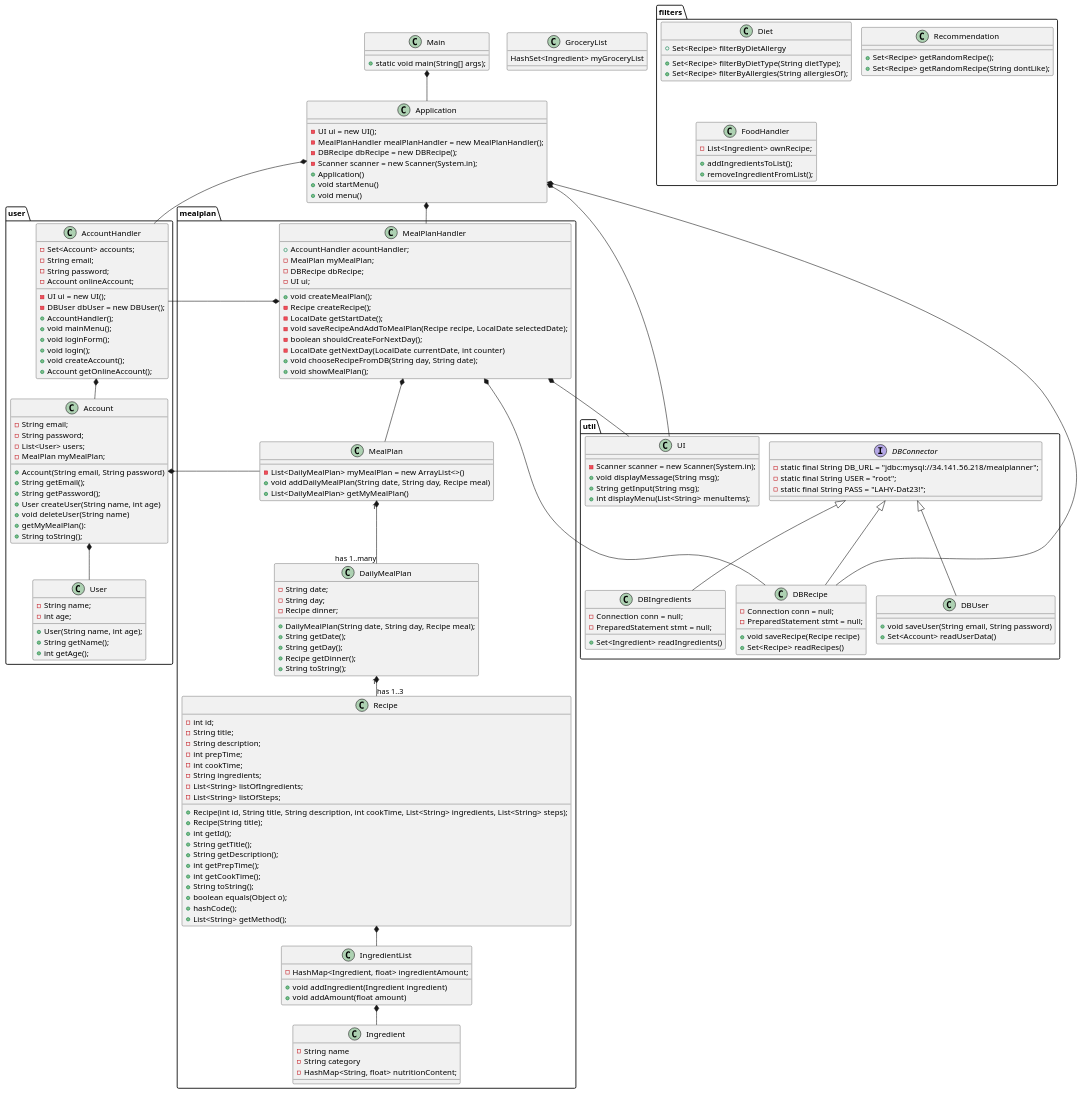
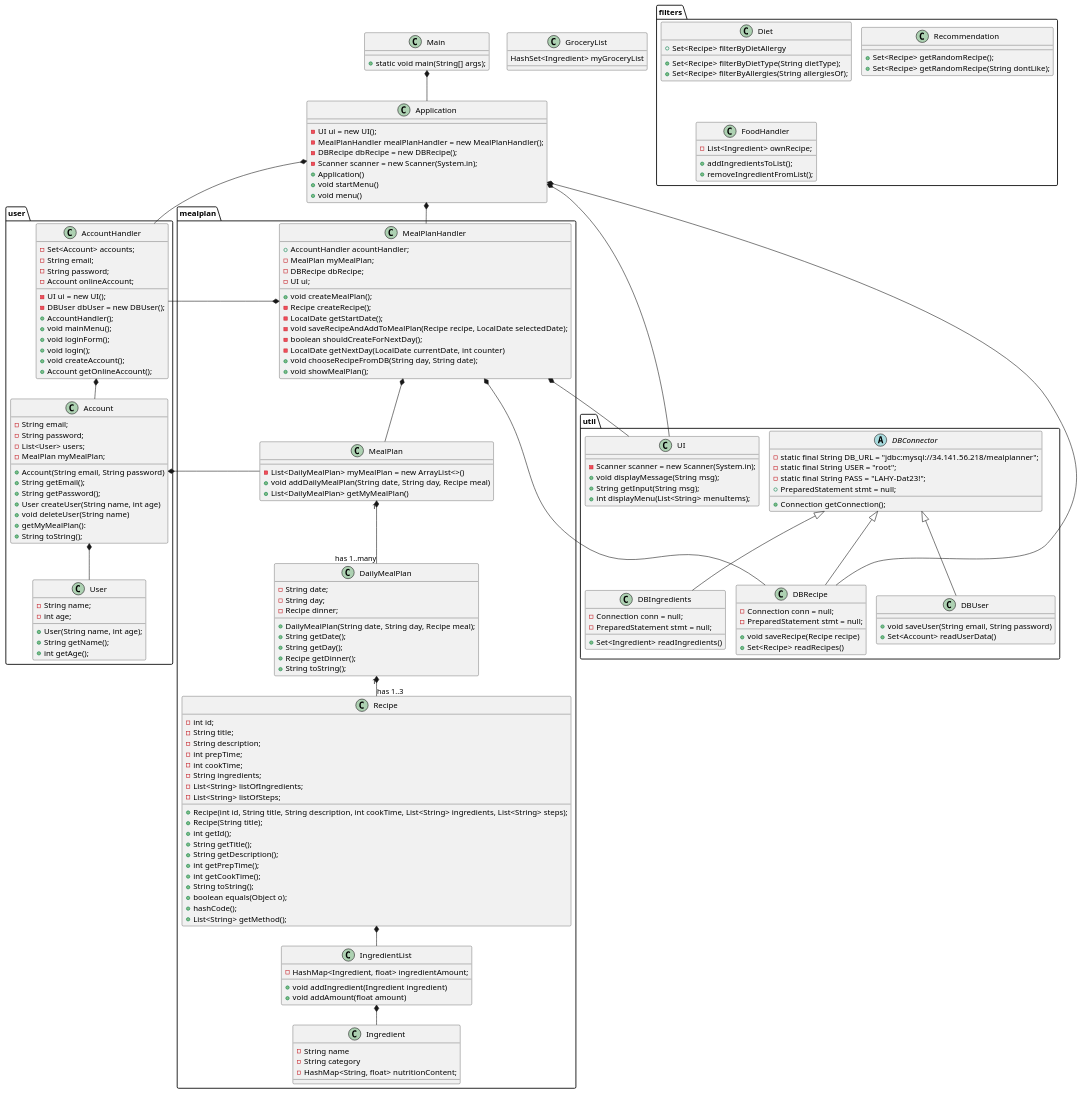
One commit to lassekh/ICE changed the diagram in Documents/Class Diagram.puml. Above: the diagram before and after it, drawn with PlantUML. The commit also changed 1 other file, not shown here.

Commit message:
update class diagram

```diff
--- a/Documents/Class Diagram.puml
+++ b/Documents/Class Diagram.puml
@@ -27,7 +27,7 @@
 }
 
 package "util"{
-interface DBConnector
+abstract class DBConnector
 class UI
 class DBUser
 class DBRecipe
@@ -83,10 +83,13 @@
 Application : + void startMenu()
 Application : + void menu()
 
+'Attributes
 Account : - String email;
 Account : - String password;
 Account : - List<User> users;
 Account : - MealPlan myMealPlan;
+
+'Methods
 Account : + Account(String email, String password)
 Account : + String getEmail();
 Account : + String getPassword();
@@ -95,12 +98,15 @@
 Account : + getMyMealPlan():
 Account : + String toString();
 
+'Attributes
 AccountHandler : - Set<Account> accounts;
 AccountHandler : - String email;
 AccountHandler : - String password;
 AccountHandler : - Account onlineAccount;
 AccountHandler : - UI ui = new UI();
 AccountHandler : - DBUser dbUser = new DBUser();
+
+'Methods
 AccountHandler : + AccountHandler();
 AccountHandler : + void mainMenu();
 AccountHandler : + void loginForm();
@@ -109,16 +115,22 @@
 AccountHandler : + Account getOnlineAccount();
 
 
+'Attributes
 User : - String name;
 User : - int age;
+
+'Methods
 User : + User(String name, int age);
 User : + String getName();
 User : + int getAge();
 
+'Attributes
 MealPlanHandler : + AccountHandler acountHandler;
 MealPlanHandler : - MealPlan myMealPlan;
 MealPlanHandler : - DBRecipe dbRecipe;
 MealPlanHandler : - UI ui;
+
+'Methods
 MealPlanHandler : + void createMealPlan();
 MealPlanHandler : - Recipe createRecipe();
 MealPlanHandler : - LocalDate getStartDate();
@@ -128,19 +140,26 @@
 MealPlanHandler : + void chooseRecipeFromDB(String day, String date);
 MealPlanHandler : + void showMealPlan();
 
+'Attributes
 MealPlan : - List<DailyMealPlan> myMealPlan = new ArrayList<>()
+
+'Methods
 MealPlan : + void addDailyMealPlan(String date, String day, Recipe meal)
 MealPlan : + List<DailyMealPlan> getMyMealPlan()
 
+'Attributes
 DailyMealPlan : - String date;
 DailyMealPlan : - String day;
 DailyMealPlan : - Recipe dinner;
+
+'Methods
 DailyMealPlan : + DailyMealPlan(String date, String day, Recipe meal);
 DailyMealPlan : + String getDate();
 DailyMealPlan : + String getDay();
 DailyMealPlan : + Recipe getDinner();
 DailyMealPlan : + String toString();
 
+'Attributes
 Recipe : - int id;
 Recipe : - String title;
 Recipe : - String description;
@@ -149,6 +168,8 @@
 Recipe : - String ingredients;
 Recipe : - List<String> listOfIngredients;
 Recipe : - List<String> listOfSteps;
+
+'Methods
 Recipe : + Recipe(int id, String title, String description, int cookTime, List<String> ingredients, List<String> steps);
 Recipe : + Recipe(String title);
 Recipe : + int getId();
@@ -161,11 +182,14 @@
 Recipe : + hashCode();
 Recipe : + List<String> getMethod();
 
+'Attributes
+IngredientList : - HashMap<Ingredient, float> ingredientAmount;
 
-IngredientList : - HashMap<Ingredient, float> ingredientAmount;
+'Methods
 IngredientList : + void addIngredient(Ingredient ingredient)
 IngredientList : + void addAmount(float amount)
 
+'Attributes
 Ingredient : - String name
 Ingredient : - String category
 Ingredient : - HashMap<String, float> nutritionContent;
@@ -180,10 +204,14 @@
 UI : + String getInput(String msg);
 UI : + int displayMenu(List<String> menuItems);
 
-
+'Attributes
 DBConnector : - static final String DB_URL = "jdbc:mysql://34.141.56.218/mealplanner";
 DBConnector : - static final String USER = "root";
 DBConnector : - static final String PASS = "LAHY-Dat23!";
+DBConnector : + PreparedStatement stmt = null;
+
+'Methods
+DBConnector : + Connection getConnection();
 
 'Methods
 DBUser : + void saveUser(String email, String password)
```
